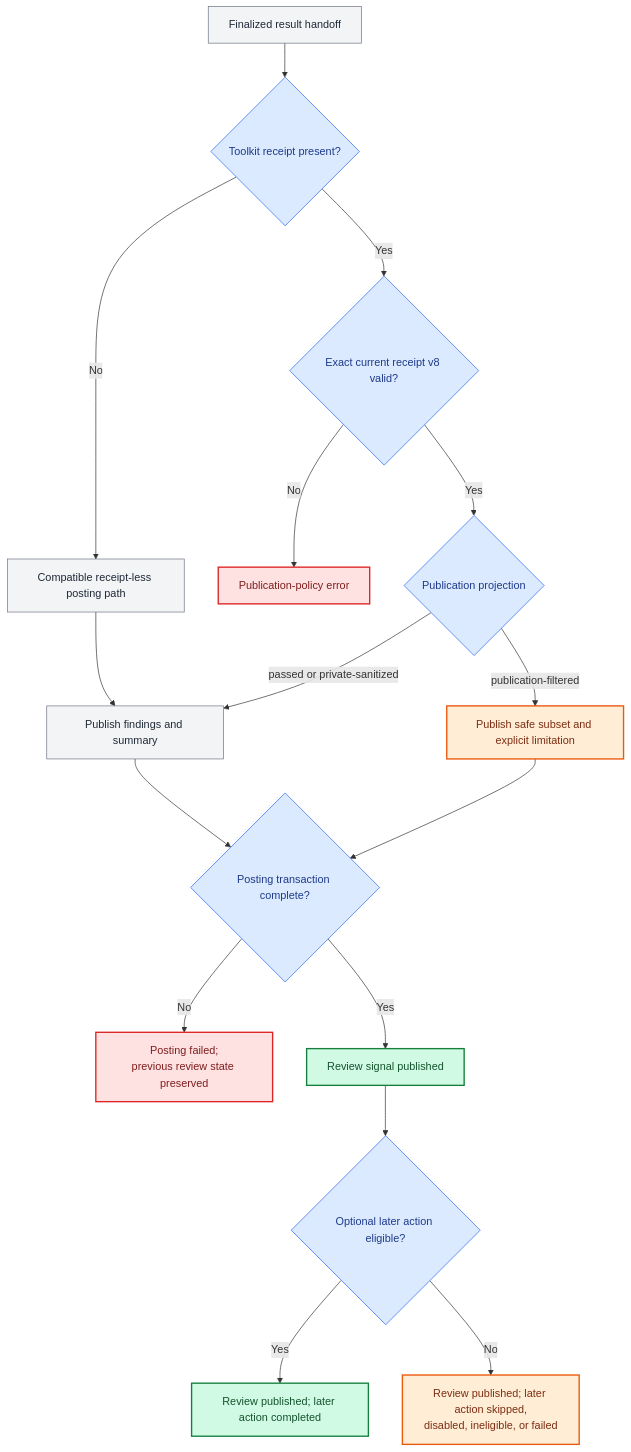
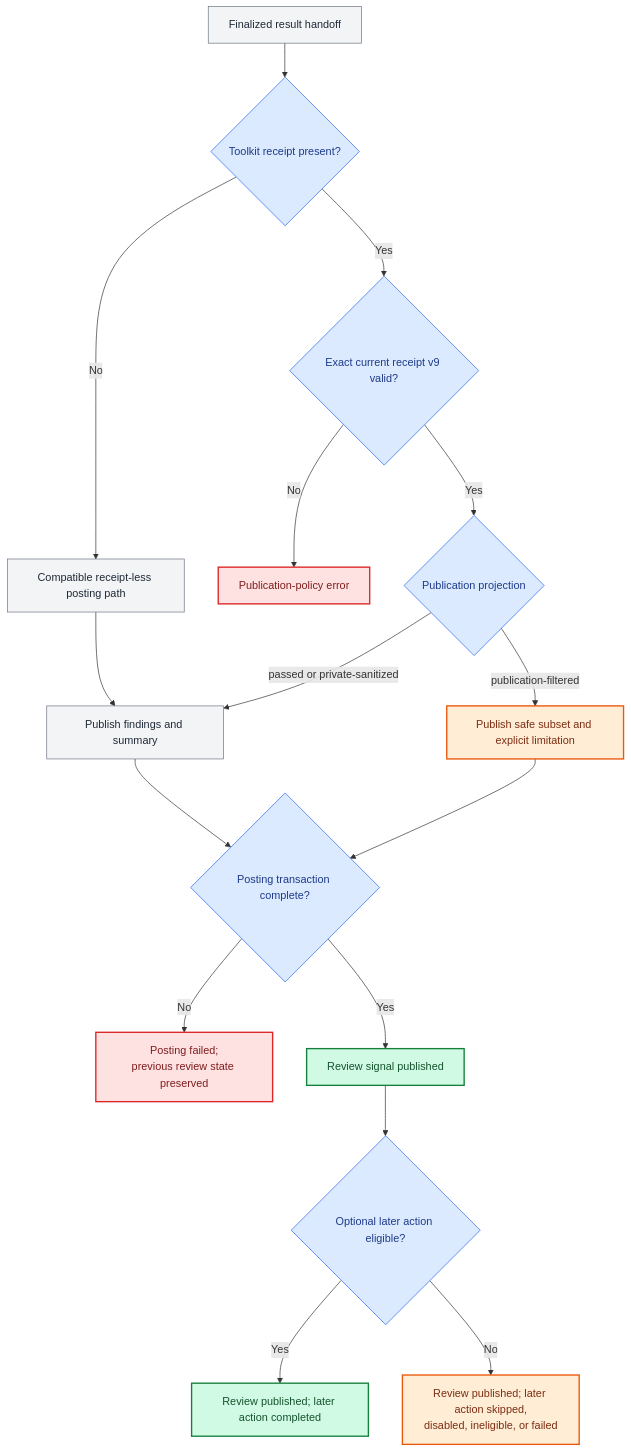
Before and after one commit to xeonvs/open-code-review-toolkit: the fourth of 4 diagrams in docs/review-decision-flow.md, drawn with Mermaid. The commit also changed other lines of this file and 122 other files, not shown here.

````diff
--- a/docs/review-decision-flow.md
+++ b/docs/review-decision-flow.md
@@ -203,30 +207,30 @@
 ```mermaid
 flowchart TD
     handoff[Finalized result handoff] --> receipt{Toolkit receipt present?}
     receipt -- No --> direct[Compatible receipt-less posting path]
-    receipt -- Yes --> exact{Exact current receipt v8 valid?}
+    receipt -- Yes --> exact{Exact current receipt v9 valid?}
     exact -- No --> schema_error[Publication-policy error]
     exact -- Yes --> projection{Publication projection}
     direct --> publish[Publish findings and summary]
     projection -- passed or private-sanitized --> publish
     projection -- publication-filtered --> publish_partial[Publish safe subset and explicit limitation]
     publish --> writes{Posting transaction complete?}
     publish_partial --> writes
     writes -- No --> post_error[Posting failed;<br/>previous review state preserved]
     writes -- Yes --> public_ok[Review signal published]
     public_ok --> action{Optional later action eligible?}
     action -- Yes --> action_ok[Review published; later action completed]
     action -- No --> action_warn[Review published; later action skipped,<br/>disabled, ineligible, or failed]
 
     classDef success fill:#d1fae5,stroke:#15803d,color:#14532d,stroke-width:2px;
     classDef warning fill:#ffedd5,stroke:#ea580c,color:#7c2d12,stroke-width:2px;
     classDef error fill:#fee2e2,stroke:#dc2626,color:#7f1d1d,stroke-width:2px;
     classDef auxiliary fill:#f3f4f6,stroke:#6b7280,color:#1f2937;
     classDef decision fill:#dbeafe,stroke:#2563eb,color:#1e3a8a;
 
     class public_ok,action_ok success;
     class publish_partial,action_warn warning;
     class schema_error,post_error error;
     class handoff,direct,publish auxiliary;
     class receipt,exact,projection,writes,action decision;
 ```
````
